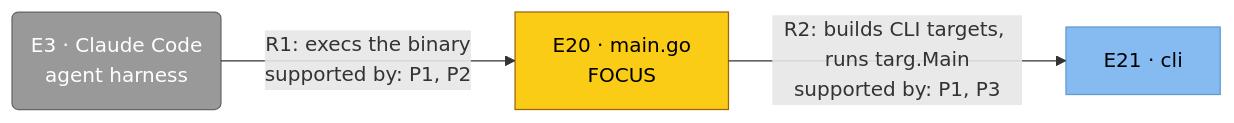
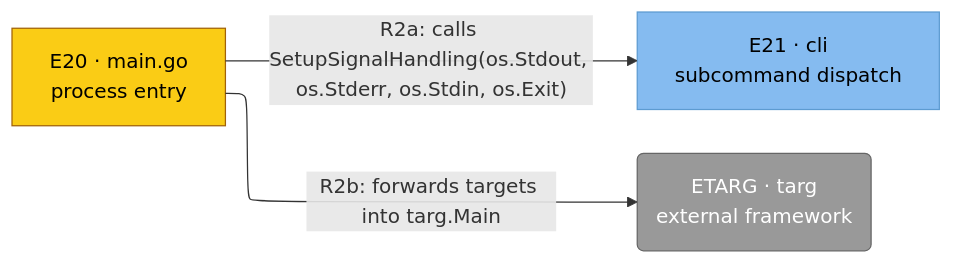
The diagram in architecture/c4/svg/c4-main.mmd (toejough/engram), drawn with Mermaid before and after one commit. The commit also changed 78 other files, not shown here.

```diff
--- a/architecture/c4/svg/c4-main.mmd
+++ b/architecture/c4/svg/c4-main.mmd
@@ -1,16 +1,18 @@
 %%{init: {'flowchart': {'defaultRenderer': 'elk'}}}%%
 flowchart LR
-    classDef external fill:#999,stroke:#666,color:#fff
-    classDef component fill:#85bbf0,stroke:#5d9bd1,color:#000
-    classDef focus     fill:#facc15,stroke:#a16207,color:#000
+    classDef person      fill:#08427b,stroke:#052e56,color:#fff
+    classDef external    fill:#999,   stroke:#666,   color:#fff
+    classDef container   fill:#1168bd,stroke:#0b4884,color:#fff
+    classDef component   fill:#85bbf0,stroke:#5d9bd1,color:#000
+    classDef focus       fill:#facc15,stroke:#a16207,color:#000
 
-    e3(E3 · Claude Code<br/>agent harness)
-    e20[E20 · main.go<br/>FOCUS]
-    e21[E21 · cli]
+    e20["E20 · main.go<br/>process entry"]
+    e21["E21 · cli<br/>subcommand dispatch"]
+    etarg("ETARG · targ<br/>external framework")
 
-    e3 -->|"R1: execs the binary<br/>supported by: P1, P2"| e20
-    e20 -->|"R2: builds CLI targets, runs targ.Main<br/>supported by: P1, P3"| e21
+    e20 -->|"R2a: calls SetupSignalHandling(os.Stdout, os.Stderr, os.Stdin, os.Exit)"| e21
+    e20 -->|"R2b: forwards targets into targ.Main"| etarg
 
-    class e3 external
+    class etarg external
     class e21 component
     class e20 focus
```
